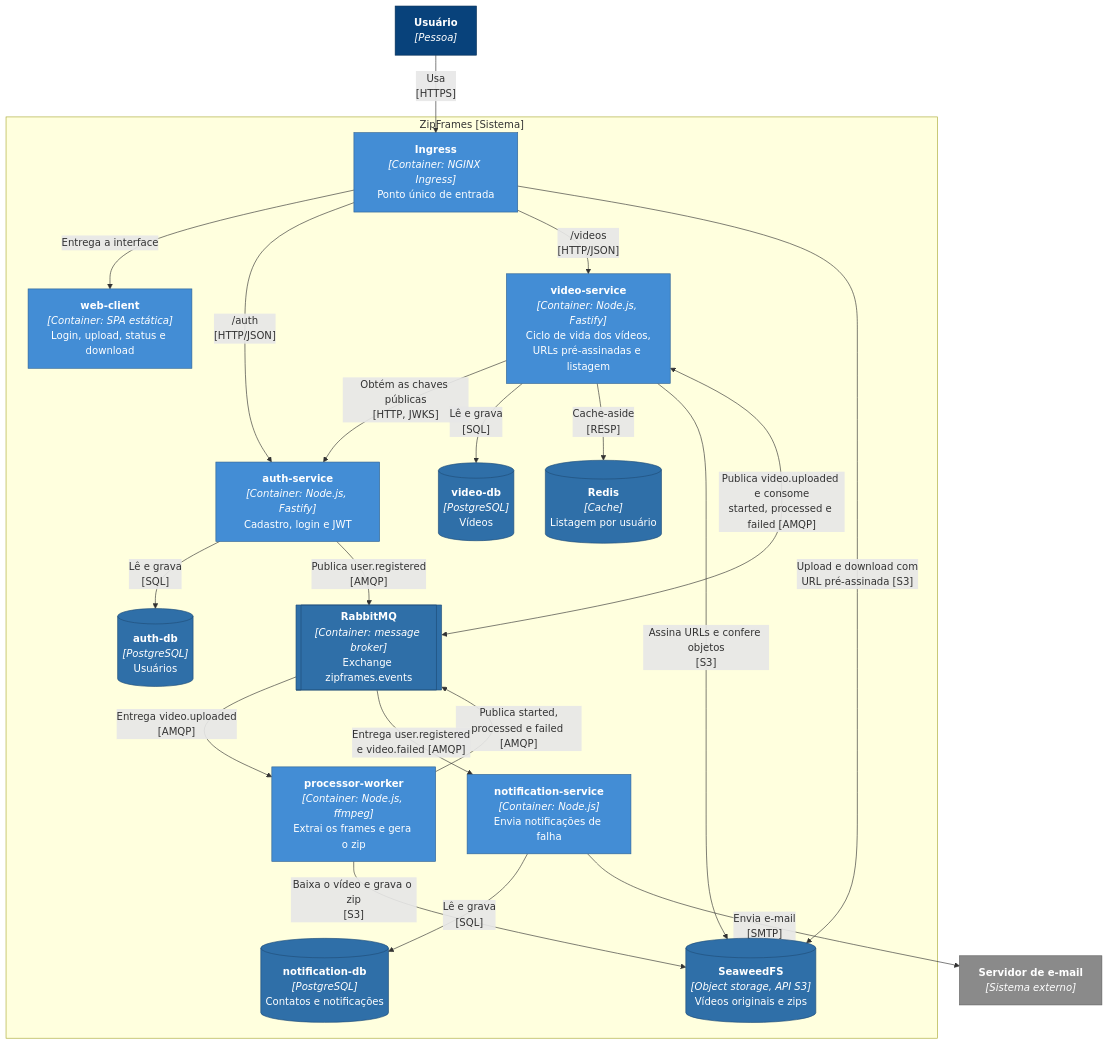
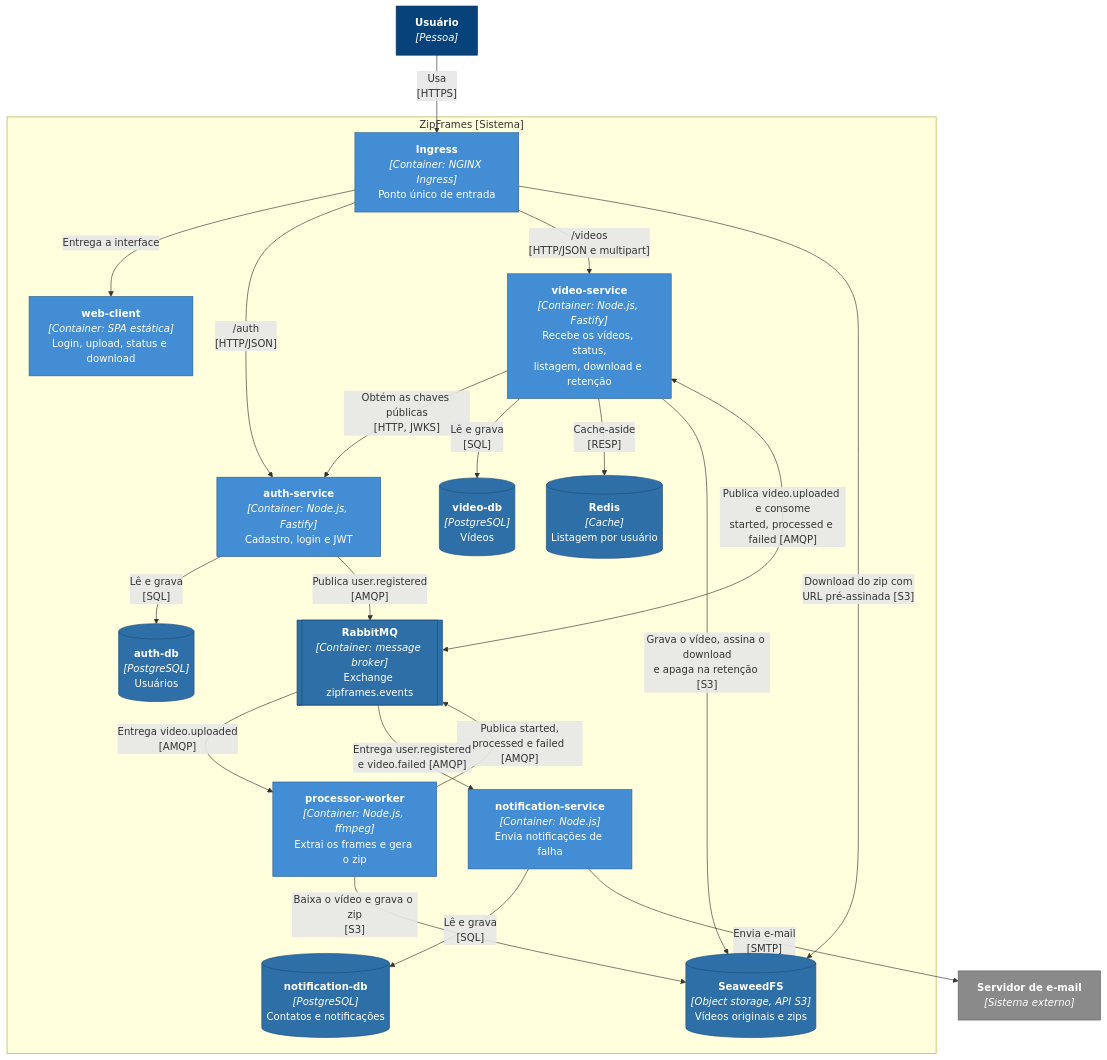
Before and after one commit to knzt/zipframes: the diagram in docs/domain/c4/02-containers.md, drawn with Mermaid. The commit also changed other lines of this file and 10 other files, not shown here.

First line of the commit message:
docs: describe the single-upload video flow

````diff
--- a/docs/domain/c4/02-containers.md
+++ b/docs/domain/c4/02-containers.md
@@ -5,50 +5,50 @@
 ```mermaid
 flowchart TB
   user["<b>Usuário</b><br/><i>[Pessoa]</i>"]
   smtp["<b>Servidor de e-mail</b><br/><i>[Sistema externo]</i>"]
 
   subgraph zipframes["ZipFrames [Sistema]"]
     web["<b>web-client</b><br/><i>[Container: SPA estática]</i><br/>Login, upload, status e download"]
     ingress["<b>Ingress</b><br/><i>[Container: NGINX Ingress]</i><br/>Ponto único de entrada"]
     auth["<b>auth-service</b><br/><i>[Container: Node.js, Fastify]</i><br/>Cadastro, login e JWT"]
-    video["<b>video-service</b><br/><i>[Container: Node.js, Fastify]</i><br/>Ciclo de vida dos vídeos,<br/>URLs pré-assinadas e listagem"]
+    video["<b>video-service</b><br/><i>[Container: Node.js, Fastify]</i><br/>Recebe os vídeos, status,<br/>listagem, download e retenção"]
     worker["<b>processor-worker</b><br/><i>[Container: Node.js, ffmpeg]</i><br/>Extrai os frames e gera o zip"]
     notif["<b>notification-service</b><br/><i>[Container: Node.js]</i><br/>Envia notificações de falha"]
     broker[["<b>RabbitMQ</b><br/><i>[Container: message broker]</i><br/>Exchange zipframes.events"]]
     authdb[("<b>auth-db</b><br/><i>[PostgreSQL]</i><br/>Usuários")]
     videodb[("<b>video-db</b><br/><i>[PostgreSQL]</i><br/>Vídeos")]
     notifdb[("<b>notification-db</b><br/><i>[PostgreSQL]</i><br/>Contatos e notificações")]
     cache[("<b>Redis</b><br/><i>[Cache]</i><br/>Listagem por usuário")]
     storage[("<b>SeaweedFS</b><br/><i>[Object storage, API S3]</i><br/>Vídeos originais e zips")]
   end
 
   user -- "Usa<br/>[HTTPS]" --> ingress
   ingress -- "Entrega a interface" --> web
   ingress -- "/auth<br/>[HTTP/JSON]" --> auth
-  ingress -- "/videos<br/>[HTTP/JSON]" --> video
-  ingress -- "Upload e download com<br/>URL pré-assinada [S3]" --> storage
+  ingress -- "/videos<br/>[HTTP/JSON e multipart]" --> video
+  ingress -- "Download do zip com<br/>URL pré-assinada [S3]" --> storage
 
   video -- "Obtém as chaves públicas<br/>[HTTP, JWKS]" --> auth
   auth -- "Lê e grava<br/>[SQL]" --> authdb
   video -- "Lê e grava<br/>[SQL]" --> videodb
   notif -- "Lê e grava<br/>[SQL]" --> notifdb
   video -- "Cache-aside<br/>[RESP]" --> cache
-  video -- "Assina URLs e confere objetos<br/>[S3]" --> storage
+  video -- "Grava o vídeo, assina o download<br/>e apaga na retenção [S3]" --> storage
   worker -- "Baixa o vídeo e grava o zip<br/>[S3]" --> storage
 
   auth -- "Publica user.registered<br/>[AMQP]" --> broker
   video <-- "Publica video.uploaded e consome<br/>started, processed e failed [AMQP]" --> broker
   broker -- "Entrega video.uploaded<br/>[AMQP]" --> worker
   worker -- "Publica started,<br/>processed e failed [AMQP]" --> broker
   broker -- "Entrega user.registered<br/>e video.failed [AMQP]" --> notif
   notif -- "Envia e-mail<br/>[SMTP]" --> smtp
 
   classDef person fill:#08427b,stroke:#052e56,color:#ffffff
   classDef container fill:#438dd5,stroke:#2e6295,color:#ffffff
   classDef store fill:#2f6fa8,stroke:#1f4d78,color:#ffffff
   classDef external fill:#8a8a8a,stroke:#5e5e5e,color:#ffffff
   class user person
   class web,ingress,auth,video,worker,notif container
   class broker,authdb,videodb,notifdb,cache,storage store
   class smtp external
 ```
````
